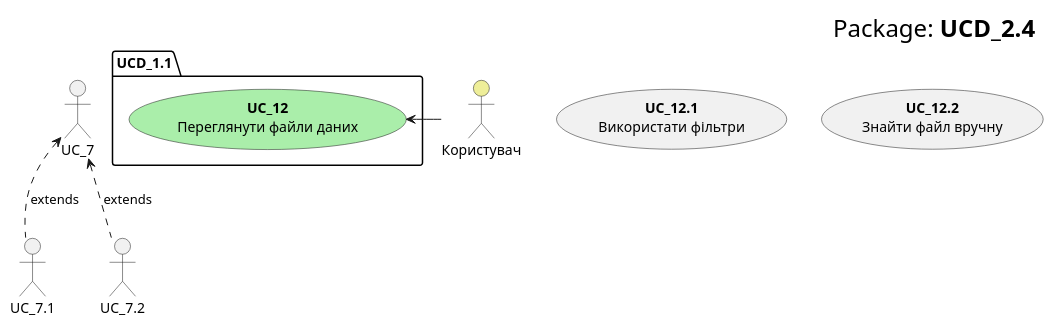
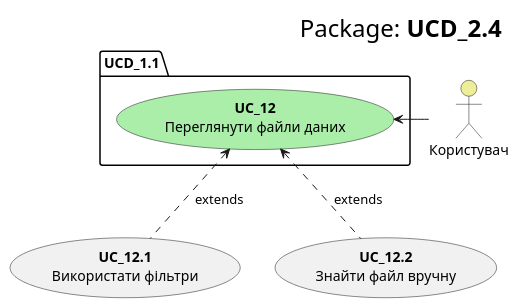
One commit to KarmazinN/db_open_data changed the diagram in src/uml/usecase27.puml. Above: the diagram before and after it, drawn with PlantUML.

```diff
--- a/src/uml/usecase27.puml
+++ b/src/uml/usecase27.puml
@@ -1,19 +1,19 @@
 @startuml
     right header
         <font size=24 color=black>Package:<b> UCD_2.4
     end header
 
     package UCD_1.1 {
         usecase "<b>UC_12</b>\nПереглянути файли даних" as UC_12 #aaeeaa
     }
     
     actor "Користувач" as User #eeee99
     User -l-> UC_12
     
     usecase "<b>UC_12.1</b>\nВикористати фільтри" as UC_12.1
     usecase "<b>UC_12.2</b>\nЗнайти файл вручну" as UC_12.2
 
     
-    UC_7.1 .u.> UC_7: extends
-    UC_7.2 .u.> UC_7: extends
+    UC_12.1 .u.> UC_12: extends
+    UC_12.2 .u.> UC_12: extends
 @enduml
```
